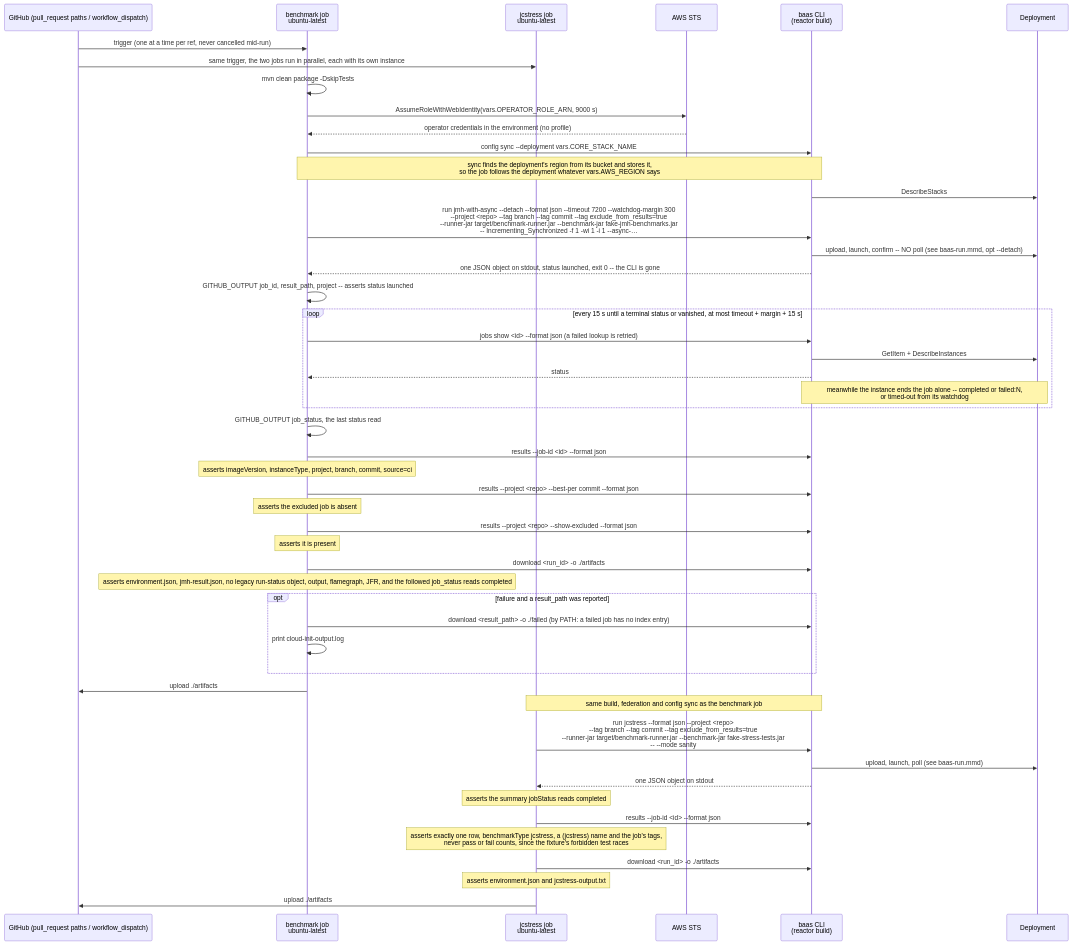
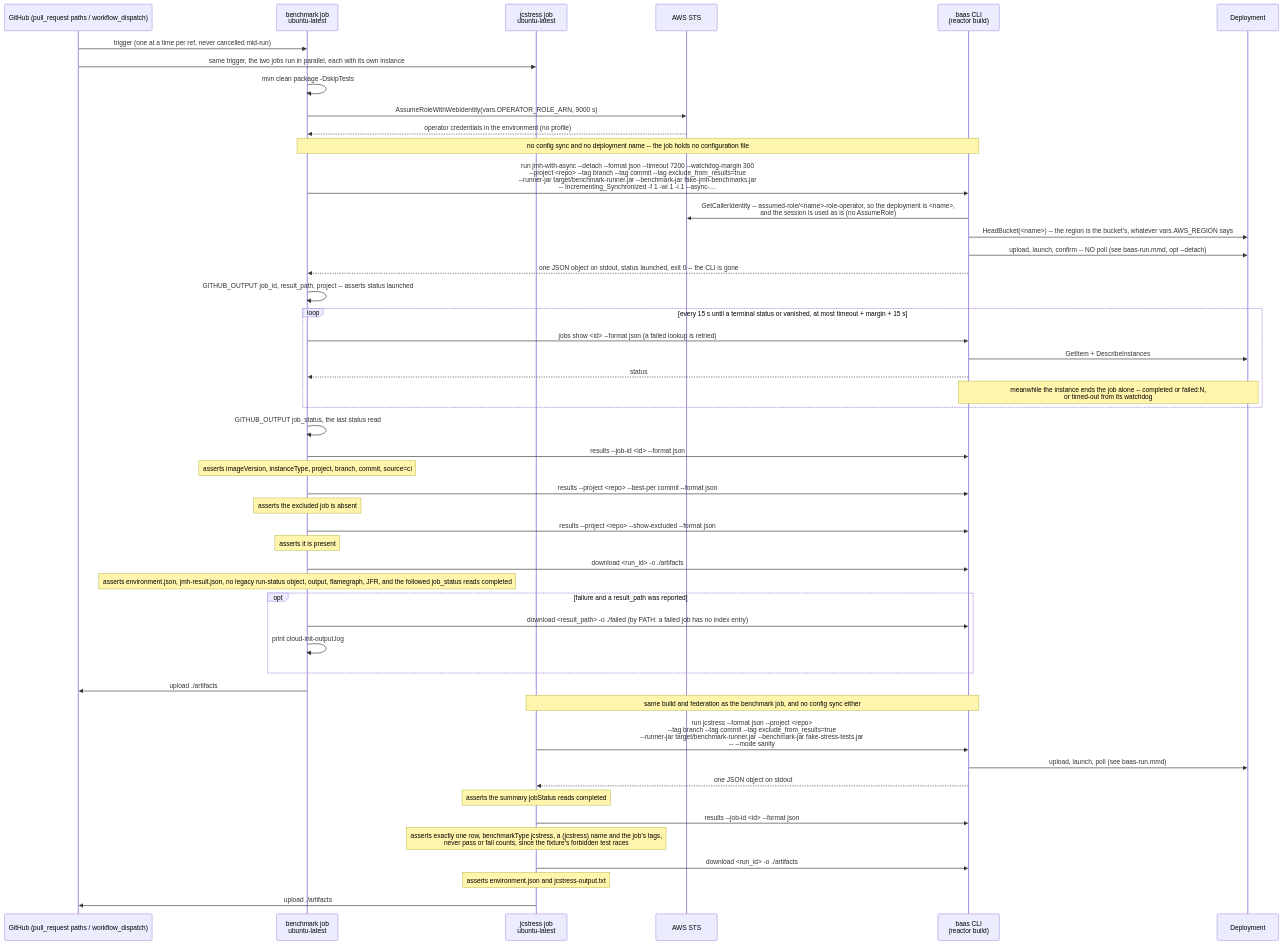
Before and after one commit to wsztajerowski/benchmark-as-a-service: the diagram in docs/diagrams/baas-ci-e2e.mmd, drawn with Mermaid. The commit also changed 13 other files, not shown here.

First line of the commit message:
docs: describe the operator role resolved by the CLI and CI without config sync

```diff
--- a/docs/diagrams/baas-ci-e2e.mmd
+++ b/docs/diagrams/baas-ci-e2e.mmd
@@ -1,50 +1,50 @@
 sequenceDiagram
     participant GH as GitHub (pull_request paths / workflow_dispatch)
     participant Job as benchmark job<br/>ubuntu-latest
     participant JC as jcstress job<br/>ubuntu-latest
     participant STS as AWS STS
     participant CLI as baas CLI<br/>(reactor build)
     participant AWS as Deployment
 
     GH->>Job: trigger (one at a time per ref, never cancelled mid-run)
     GH->>JC: same trigger, the two jobs run in parallel, each with its own instance
     Job->>Job: mvn clean package -DskipTests
     Job->>STS: AssumeRoleWithWebIdentity(vars.OPERATOR_ROLE_ARN, 9000 s)
     STS-->>Job: operator credentials in the environment (no profile)
-    Job->>CLI: config sync --deployment vars.CORE_STACK_NAME
-    Note over Job,CLI: sync finds the deployment's region from its bucket and stores it,<br/>so the job follows the deployment whatever vars.AWS_REGION says
-    CLI->>AWS: DescribeStacks
+    Note over Job,CLI: no config sync and no deployment name -- the job holds no configuration file
     Job->>CLI: run jmh-with-async --detach --format json --timeout 7200 --watchdog-margin 300<br/>--project <repo> --tag branch --tag commit --tag exclude_from_results=true<br/>--runner-jar target/benchmark-runner.jar --benchmark-jar fake-jmh-benchmarks.jar<br/>-- Incrementing_Synchronized -f 1 -wi 1 -i 1 --async-…
+    CLI->>STS: GetCallerIdentity -- assumed-role/<name>-role-operator, so the deployment is <name>,<br/>and the session is used as is (no AssumeRole)
+    CLI->>AWS: HeadBucket(<name>) -- the region is the bucket's, whatever vars.AWS_REGION says
     CLI->>AWS: upload, launch, confirm -- NO poll (see baas-run.mmd, opt --detach)
     CLI-->>Job: one JSON object on stdout, status launched, exit 0 -- the CLI is gone
     Job->>Job: GITHUB_OUTPUT job_id, result_path, project -- asserts status launched
     loop every 15 s until a terminal status or vanished, at most timeout + margin + 15 s
         Job->>CLI: jobs show <id> --format json (a failed lookup is retried)
         CLI->>AWS: GetItem + DescribeInstances
         CLI-->>Job: status
         Note over CLI,AWS: meanwhile the instance ends the job alone -- completed or failed:N,<br/>or timed-out from its watchdog
     end
     Job->>Job: GITHUB_OUTPUT job_status, the last status read
     Job->>CLI: results --job-id <id> --format json
     Note over Job: asserts imageVersion, instanceType, project, branch, commit, source=ci
     Job->>CLI: results --project <repo> --best-per commit --format json
     Note over Job: asserts the excluded job is absent
     Job->>CLI: results --project <repo> --show-excluded --format json
     Note over Job: asserts it is present
     Job->>CLI: download <run_id> -o ./artifacts
     Note over Job: asserts environment.json, jmh-result.json, no legacy run-status object, output, flamegraph, JFR, and the followed job_status reads completed
     opt failure and a result_path was reported
         Job->>CLI: download <result_path> -o ./failed (by PATH: a failed job has no index entry)
         Job->>Job: print cloud-init-output.log
     end
     Job->>GH: upload ./artifacts
-    Note over JC,CLI: same build, federation and config sync as the benchmark job
+    Note over JC,CLI: same build and federation as the benchmark job, and no config sync either
     JC->>CLI: run jcstress --format json --project <repo><br/>--tag branch --tag commit --tag exclude_from_results=true<br/>--runner-jar target/benchmark-runner.jar --benchmark-jar fake-stress-tests.jar<br/>-- --mode sanity
     CLI->>AWS: upload, launch, poll (see baas-run.mmd)
     CLI-->>JC: one JSON object on stdout
     Note over JC: asserts the summary jobStatus reads completed
     JC->>CLI: results --job-id <id> --format json
     Note over JC: asserts exactly one row, benchmarkType jcstress, a (jcstress) name and the job's tags,<br/>never pass or fail counts, since the fixture's forbidden test races
     JC->>CLI: download <run_id> -o ./artifacts
     Note over JC: asserts environment.json and jcstress-output.txt
     JC->>GH: upload ./artifacts
```
